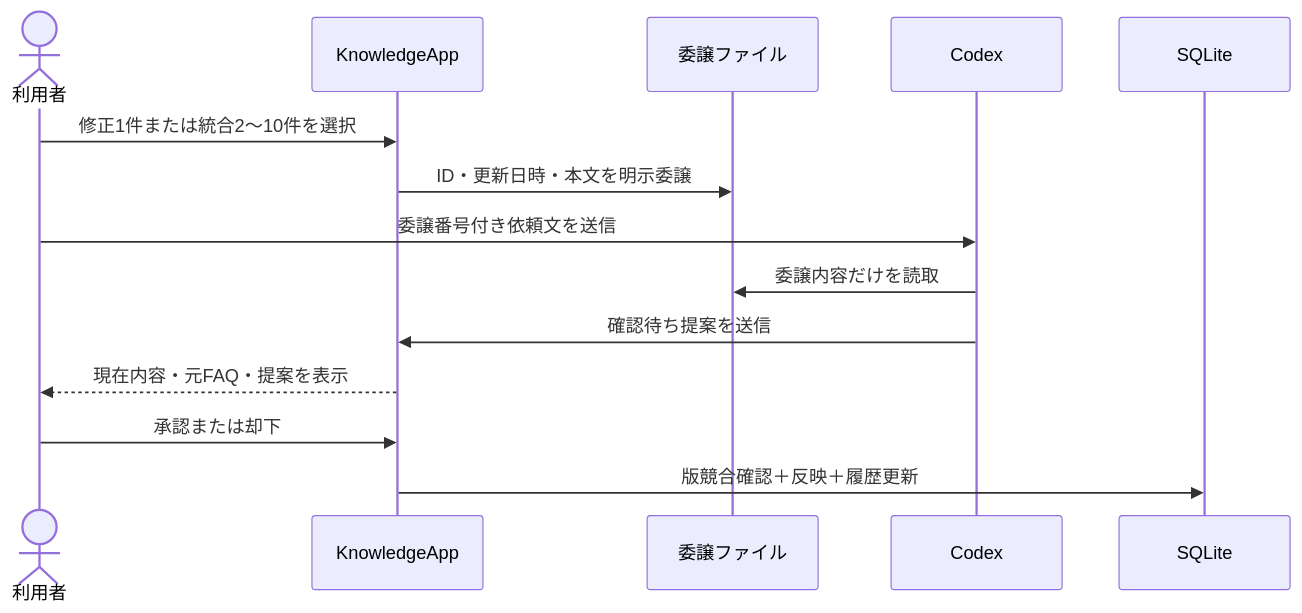
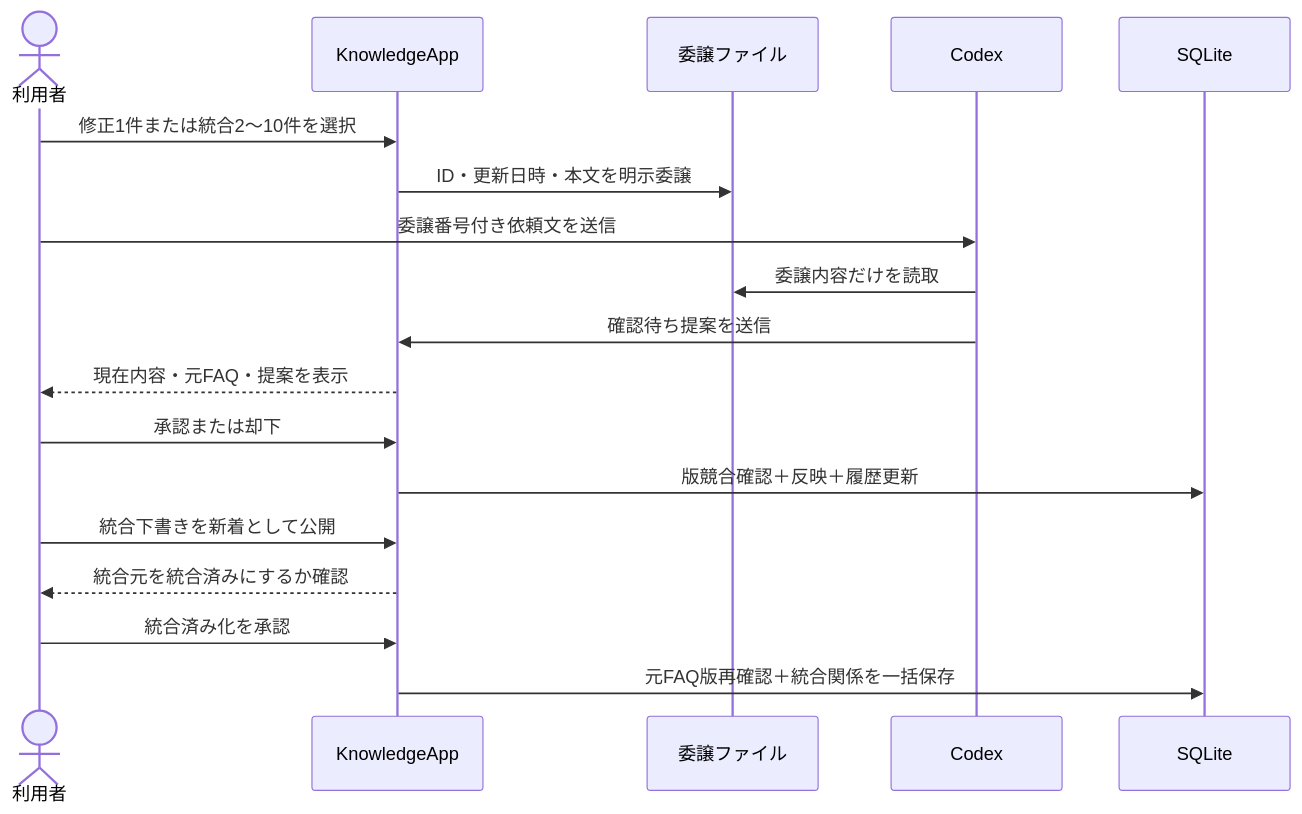
Before and after one commit to yknk1015/local-knowledge-app: the seventh of 9 diagrams in FAQシステム基本設計書.md, drawn with Mermaid. The commit also changed other lines of this file and 56 other files, not shown here.

````diff
--- a/FAQシステム基本設計書.md
+++ b/FAQシステム基本設計書.md
@@ -798,16 +883,20 @@
 ```mermaid
 sequenceDiagram
     actor U as 利用者
     participant A as KnowledgeApp
     participant F as 委譲ファイル
     participant X as Codex
     participant D as SQLite
     U->>A: 修正1件または統合2～10件を選択
     A->>F: ID・更新日時・本文を明示委譲
     U->>X: 委譲番号付き依頼文を送信
     X->>F: 委譲内容だけを読取
     X->>A: 確認待ち提案を送信
     A-->>U: 現在内容・元FAQ・提案を表示
     U->>A: 承認または却下
     A->>D: 版競合確認＋反映＋履歴更新
+    U->>A: 統合下書きを新着として公開
+    A-->>U: 統合元を統合済みにするか確認
+    U->>A: 統合済み化を承認
+    A->>D: 元FAQ版再確認＋統合関係を一括保存
 ```
````
